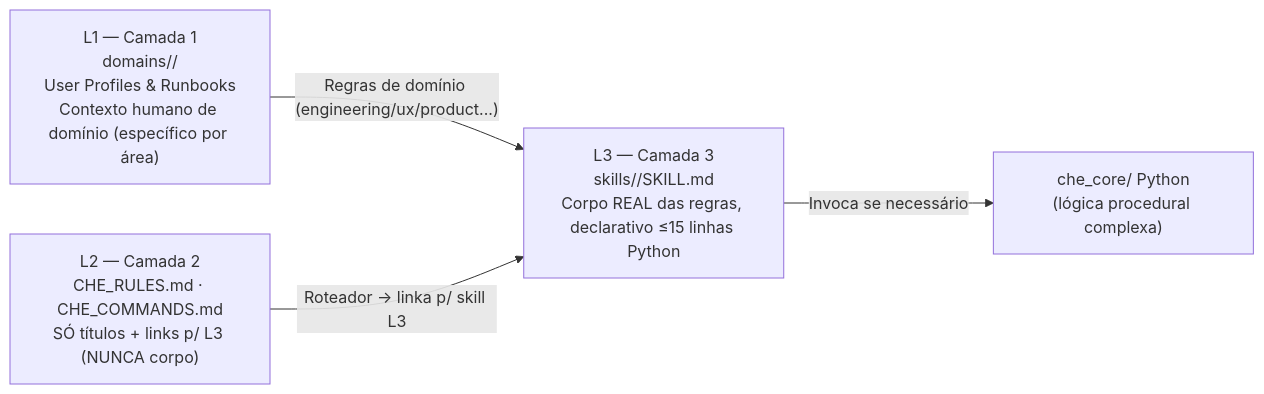
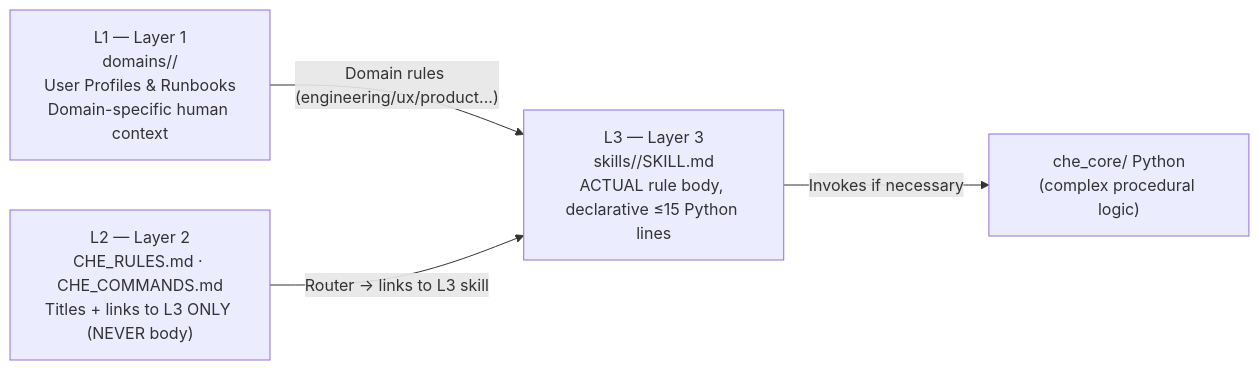
Before and after one commit to laionazeredo/che-ai: the first of 2 diagrams in README.md, drawn with Mermaid. The commit also changed other lines of this file and 2 other files, not shown here.

````diff
--- a/README.md
+++ b/README.md
@@ -41,10 +60,10 @@
 ```mermaid
 flowchart LR
-    L1["L1 — Camada 1<br/>domains/<slug>/<br/>User Profiles & Runbooks<br/>Contexto humano de domínio (específico por área)"]
-    L2["L2 — Camada 2<br/>CHE_RULES.md · CHE_COMMANDS.md<br/>SÓ títulos + links p/ L3 (NUNCA corpo)"]
-    L3["L3 — Camada 3<br/>skills/<skill-slug>/SKILL.md<br/>Corpo REAL das regras, declarativo ≤15 linhas Python"]
+    L1["L1 — Layer 1<br/>domains/<slug>/<br/>User Profiles & Runbooks<br/>Domain-specific human context"]
+    L2["L2 — Layer 2<br/>CHE_RULES.md · CHE_COMMANDS.md<br/>Titles + links to L3 ONLY (NEVER body)"]
+    L3["L3 — Layer 3<br/>skills/<skill-slug>/SKILL.md<br/>ACTUAL rule body, declarative ≤15 Python lines"]
 
-    L1 -->|"Regras de domínio (engineering/ux/product...)"| L3
-    L2 -->|"Roteador → linka p/ skill L3"| L3
-    L3 -->|"Invoca se necessário"| CORE["che_core/ Python<br/>(lógica procedural complexa)"]
+    L1 -->|"Domain rules (engineering/ux/product...)"| L3
+    L2 -->|"Router → links to L3 skill"| L3
+    L3 -->|"Invokes if necessary"| CORE["che_core/ Python<br/>(complex procedural logic)"]
 ```
````
